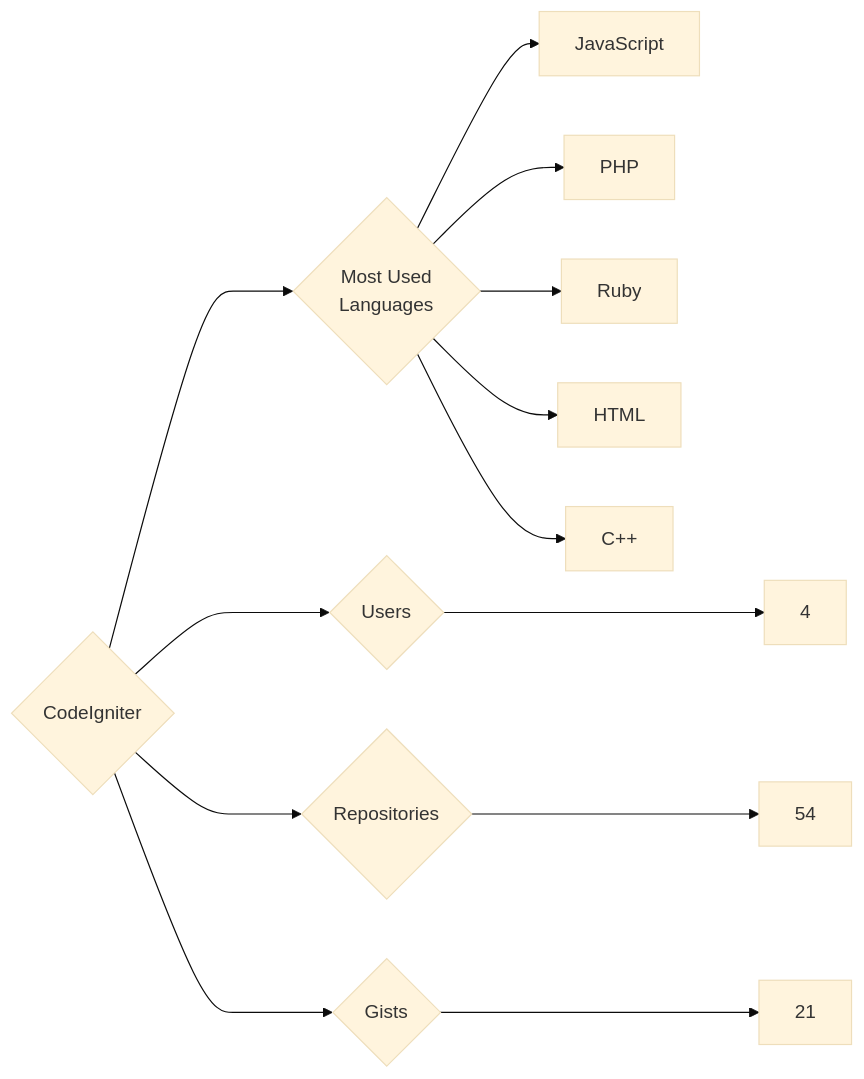
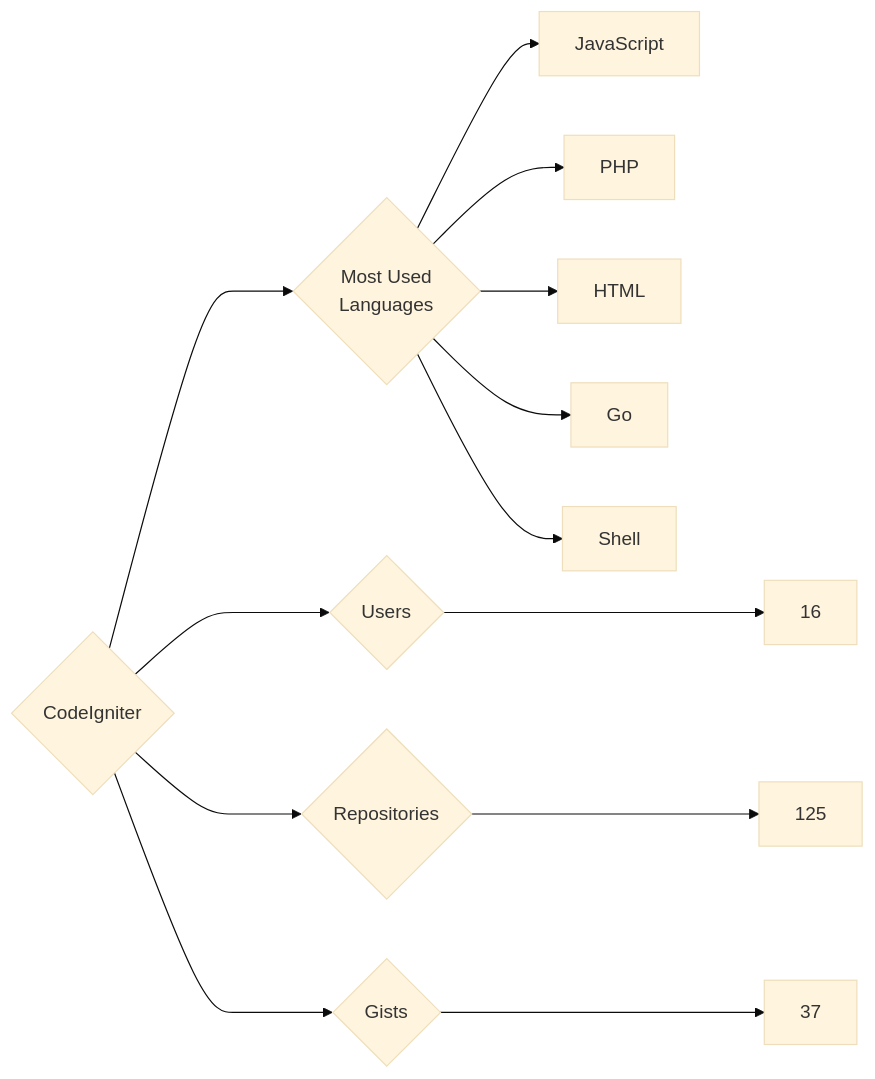
One commit to trickest/insiders changed the diagram in targets/CodeIgniter/README.md. Above: the diagram before and after it, drawn with Mermaid (base theme). The commit also changed 1314 other files, not shown here.

````diff
--- a/targets/CodeIgniter/README.md
+++ b/targets/CodeIgniter/README.md
@@ -3,13 +3,13 @@
 ```mermaid
 graph LR
 COMPANY_NAME{CodeIgniter}
-COMPANY_NAME ---> U{Users} ---> UN[4]
-COMPANY_NAME ---> R{Repositories} ---> RN[54]
-COMPANY_NAME ---> G{Gists} ---> GN[21]
+COMPANY_NAME ---> U{Users} ---> UN[16]
+COMPANY_NAME ---> R{Repositories} ---> RN[125]
+COMPANY_NAME ---> G{Gists} ---> GN[37]
 COMPANY_NAME ---> ML{Most Used<br>Languages}
 ML --> JavaScript[JavaScript]
 ML --> PHP[PHP]
-ML --> Ruby[Ruby]
 ML --> HTML[HTML]
-ML --> C++[C++]
+ML --> Go[Go]
+ML --> Shell[Shell]
 ```
````
